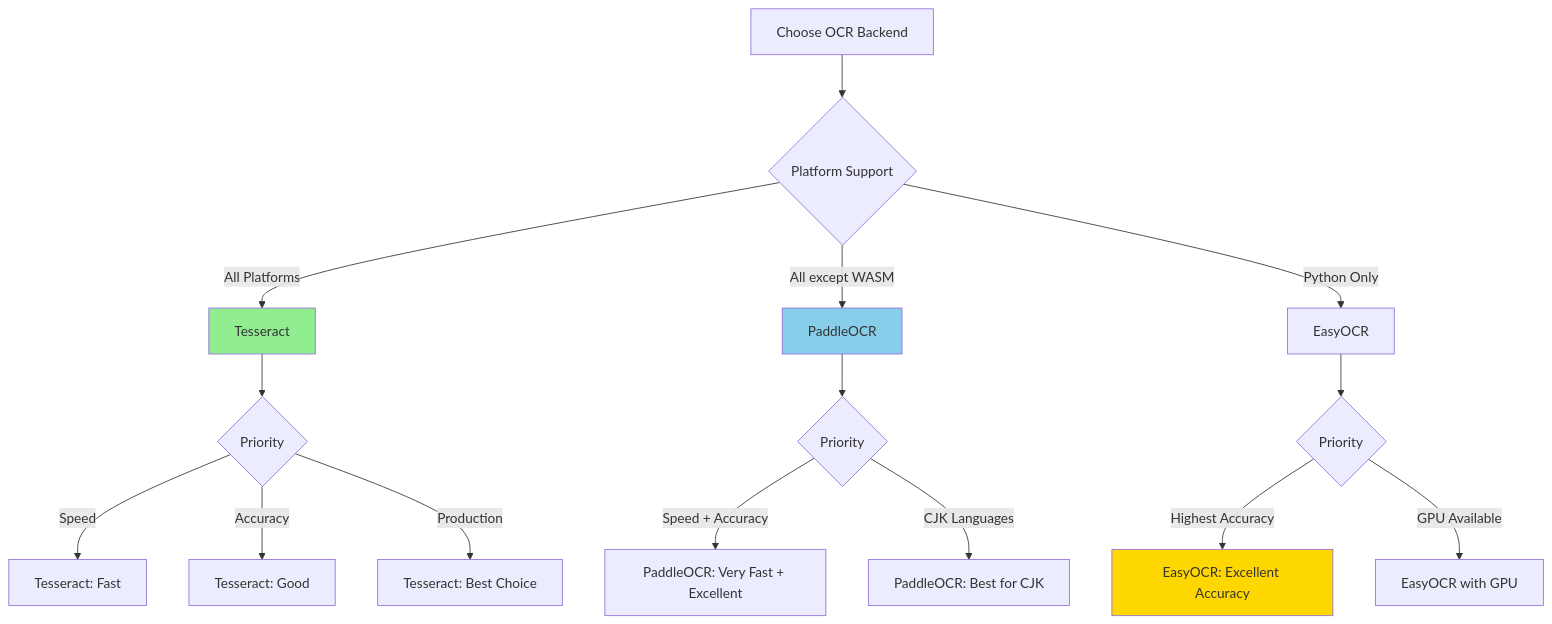
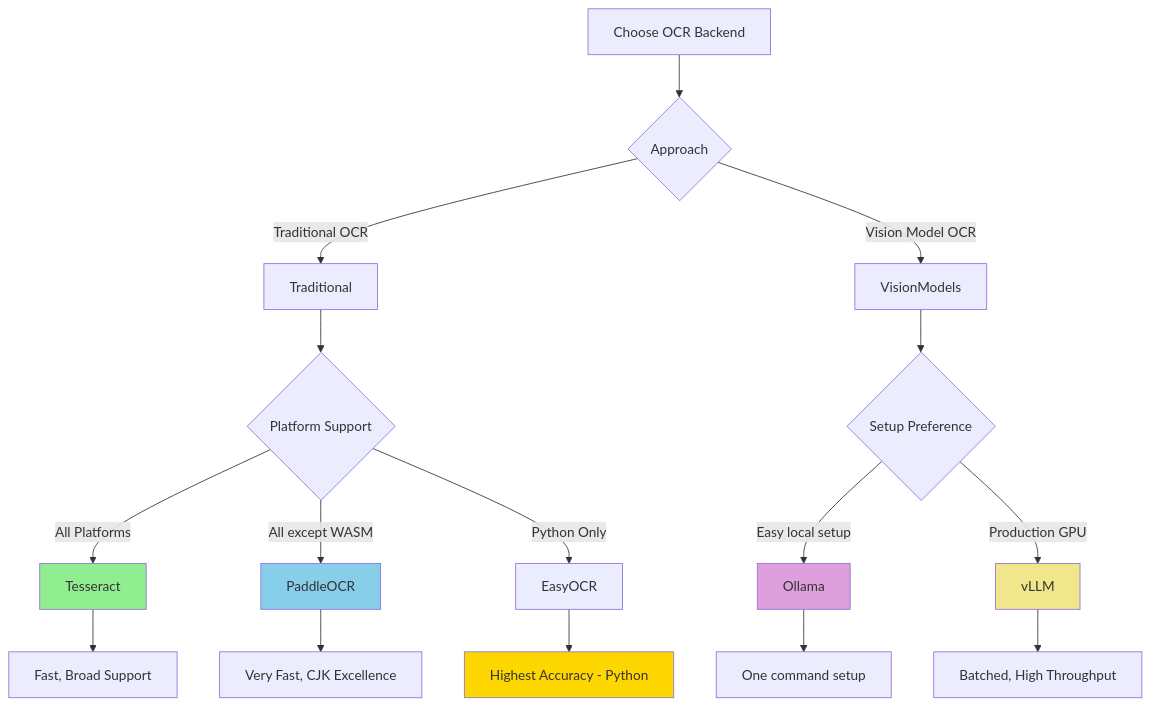
Before and after one commit to chikingsley/kreuzberg: the second of 2 diagrams in docs/guides/ocr.md, drawn with Mermaid. The commit also changed other lines of this file and 6 other files, not shown here.

First line of the commit message:
docs: add Taskfile entries and documentation for Ollama and vLLM OCR backends

````diff
--- a/docs/guides/ocr.md
+++ b/docs/guides/ocr.md
@@ -56,24 +56,27 @@
 ```mermaid
 flowchart TD
-    Start[Choose OCR Backend] --> Platform{Platform Support}
+    Start[Choose OCR Backend] --> Approach{Approach}
+    Approach -->|Traditional OCR| Traditional
+    Approach -->|Vision Model OCR| VisionModels
+
+    Traditional --> Platform{Platform Support}
     Platform -->|All Platforms| Tesseract
     Platform -->|All except WASM| PaddleOCR[PaddleOCR]
     Platform -->|Python Only| EasyOCR[EasyOCR]
 
-    Tesseract --> TessPriority{Priority}
-    TessPriority -->|Speed| TessSpeed[Tesseract: Fast]
-    TessPriority -->|Accuracy| TessAccuracy[Tesseract: Good]
-    TessPriority -->|Production| TessProd[Tesseract: Best Choice]
+    VisionModels --> Setup{Setup Preference}
+    Setup -->|Easy local setup| Ollama[Ollama]
+    Setup -->|Production GPU| VLLM[vLLM]
 
-    PaddleOCR --> PaddlePriority{Priority}
-    PaddlePriority -->|Speed + Accuracy| PaddleMain[PaddleOCR: Very Fast + Excellent]
-    PaddlePriority -->|CJK Languages| PaddleCJK[PaddleOCR: Best for CJK]
-
-    EasyOCR --> EasyPriority{Priority}
-    EasyPriority -->|Highest Accuracy| Easy[EasyOCR: Excellent Accuracy]
-    EasyPriority -->|GPU Available| GPU[EasyOCR with GPU]
+    Tesseract --> TessProd[Fast, Broad Support]
+    PaddleOCR --> PaddleMain[Very Fast, CJK Excellence]
+    EasyOCR --> Easy[Highest Accuracy - Python]
+    Ollama --> OllamaDesc[One command setup]
+    VLLM --> VLLMDesc[Batched, High Throughput]
 
     style Tesseract fill:#90EE90
     style Easy fill:#FFD700
     style PaddleOCR fill:#87CEEB
+    style Ollama fill:#DDA0DD
+    style VLLM fill:#F0E68C
 ```
````
